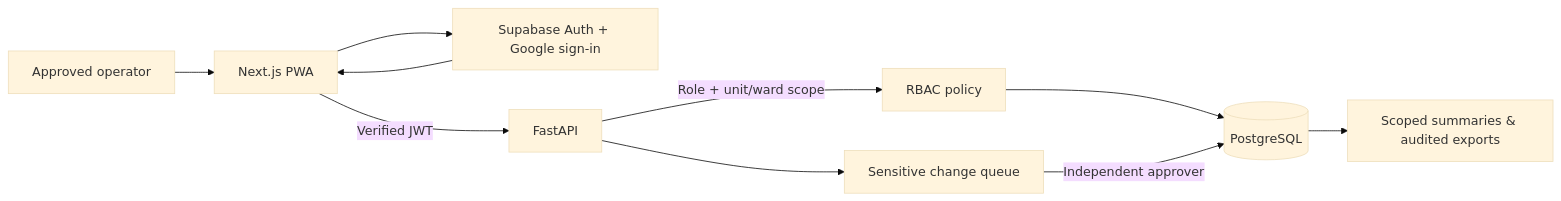
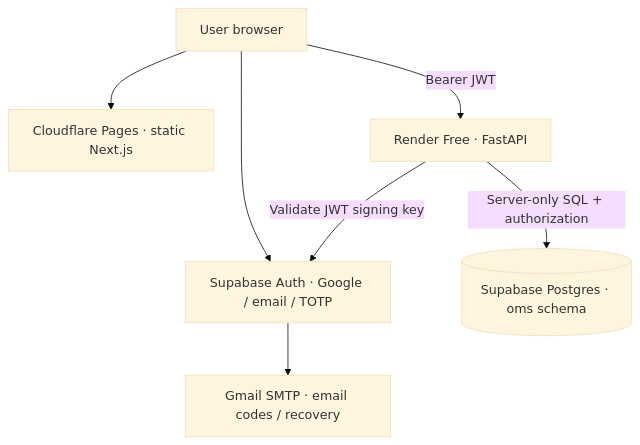
The diagram in README.md (hossain0707/uttara-oms), drawn with Mermaid (base theme) before and after one commit. The commit also changed other lines of this file and 29 other files, not shown here.

Commit message:
Document current OMS deployment, workflows and developer handover with animated architecture

````diff
--- a/README.md
+++ b/README.md
@@ -48,12 +43,9 @@
 ```mermaid
-flowchart LR
-    U["Approved operator"] --> W["Next.js PWA"]
-    W --> A["Supabase Auth + Google sign-in"]
-    A --> W
-    W -->|Verified JWT| API["FastAPI"]
-    API -->|Role + unit/ward scope| P["RBAC policy"]
-    P --> PG[("PostgreSQL")]
-    API --> Q["Sensitive change queue"]
-    Q -->|Independent approver| PG
-    PG --> R["Scoped summaries & audited exports"]
+flowchart TD
+  B["User browser"] --> W["Cloudflare Pages · static Next.js"]
+  B --> A["Supabase Auth · Google / email / TOTP"]
+  B -->|"Bearer JWT"| F["Render Free · FastAPI"]
+  F -->|"Validate JWT signing key"| A
+  F -->|"Server-only SQL + authorization"| D[("Supabase Postgres · oms schema")]
+  A --> M["Gmail SMTP · email codes / recovery"]
 ```
````
